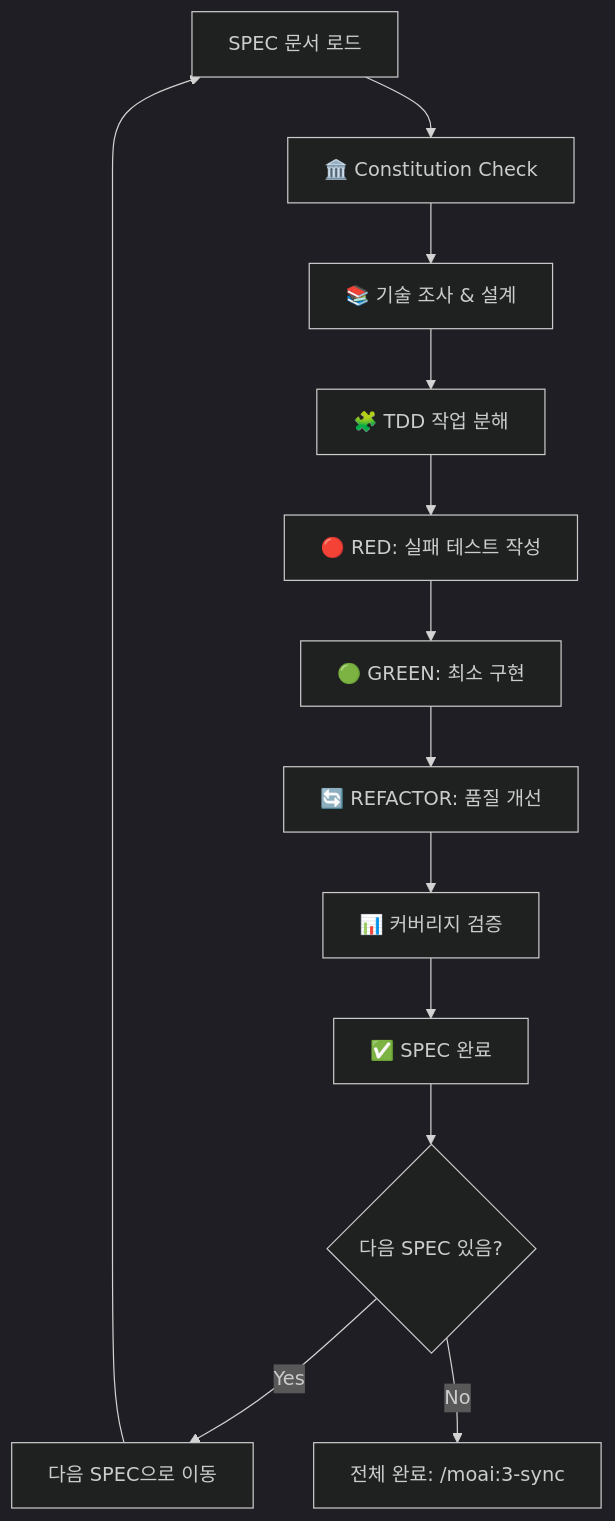
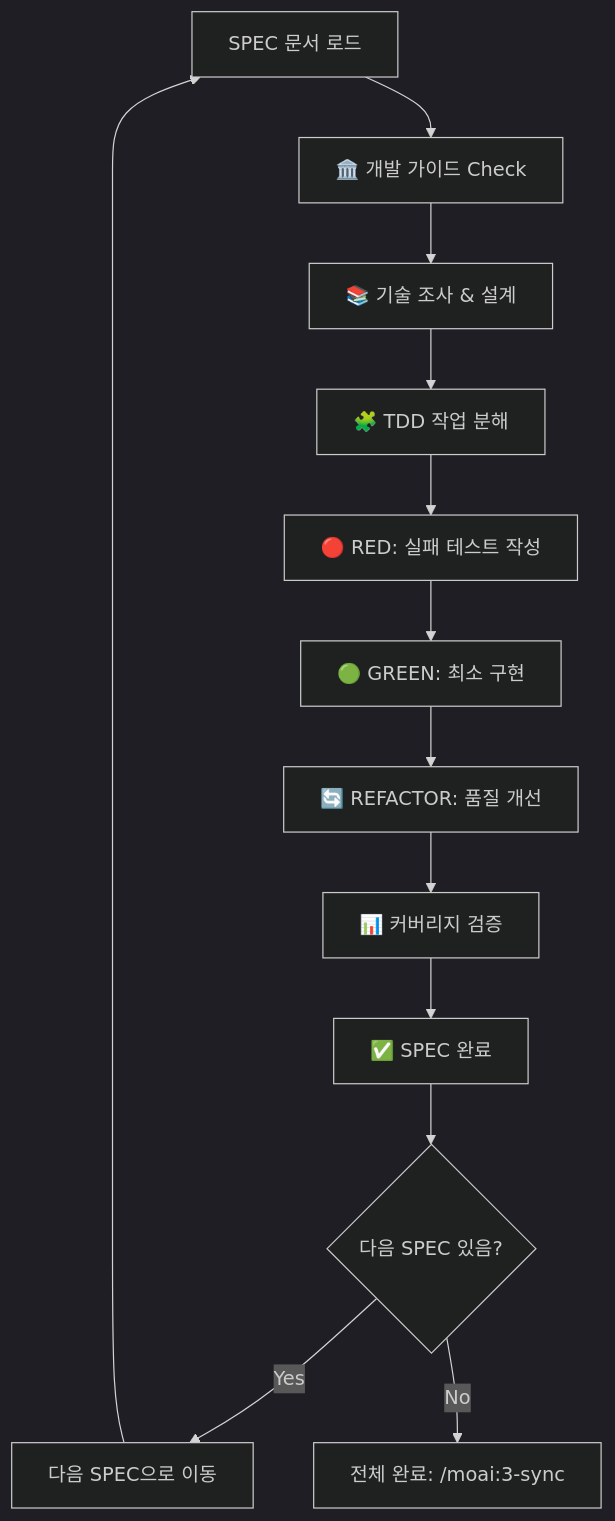
The diagram in src/moai_adk/resources/templates/.claude/commands/moai/2-build.md (modu-ai/moai-adk), drawn with Mermaid (dark theme) before and after one commit. The commit also changed other lines of this file and 70 other files, not shown here.

````diff
--- a/src/moai_adk/resources/templates/.claude/commands/moai/2-build.md
+++ b/src/moai_adk/resources/templates/.claude/commands/moai/2-build.md
@@ -69,15 +69,15 @@
 ```mermaid
 flowchart TD
-    A[SPEC 문서 로드] --> B[🏛️ Constitution Check]
+    A[SPEC 문서 로드] --> B[🏛️ 개발 가이드 Check]
     B --> C[📚 기술 조사 & 설계]
     C --> D[🧩 TDD 작업 분해]
     D --> E[🔴 RED: 실패 테스트 작성]
     E --> F[🟢 GREEN: 최소 구현]
     F --> G[🔄 REFACTOR: 품질 개선]
     G --> H[📊 커버리지 검증]
     H --> I[✅ SPEC 완료]
     I --> J{다음 SPEC 있음?}
     J -->|Yes| K[다음 SPEC으로 이동]
     J -->|No| L[전체 완료: /moai:3-sync]
     K --> A
 ```
````
